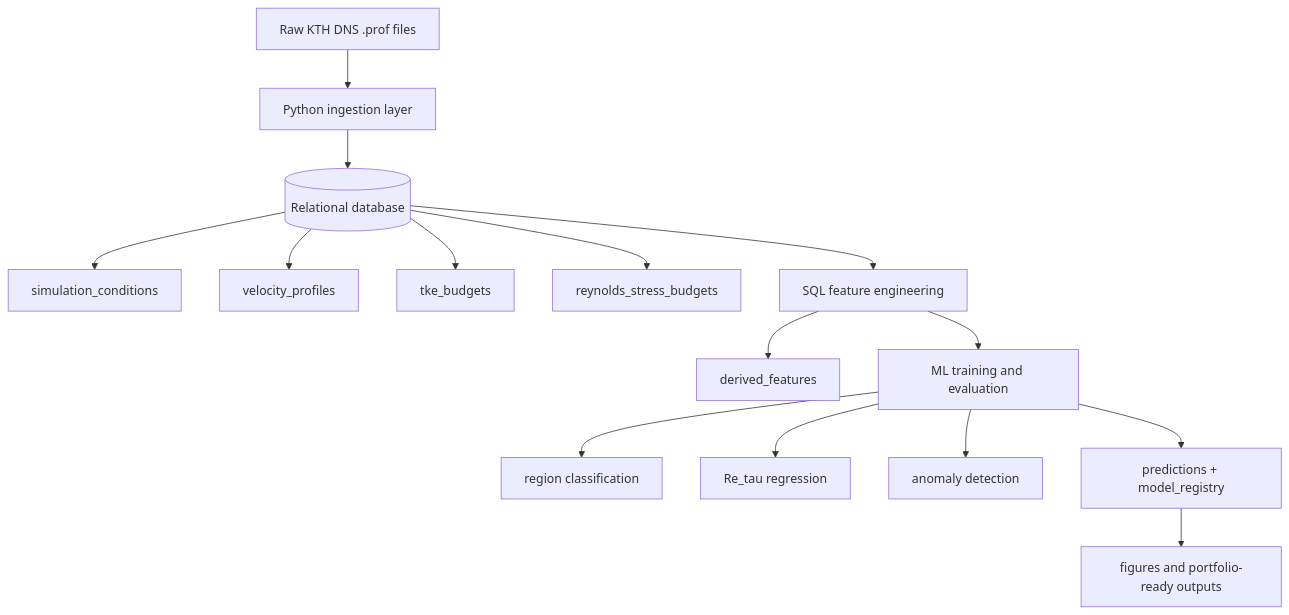
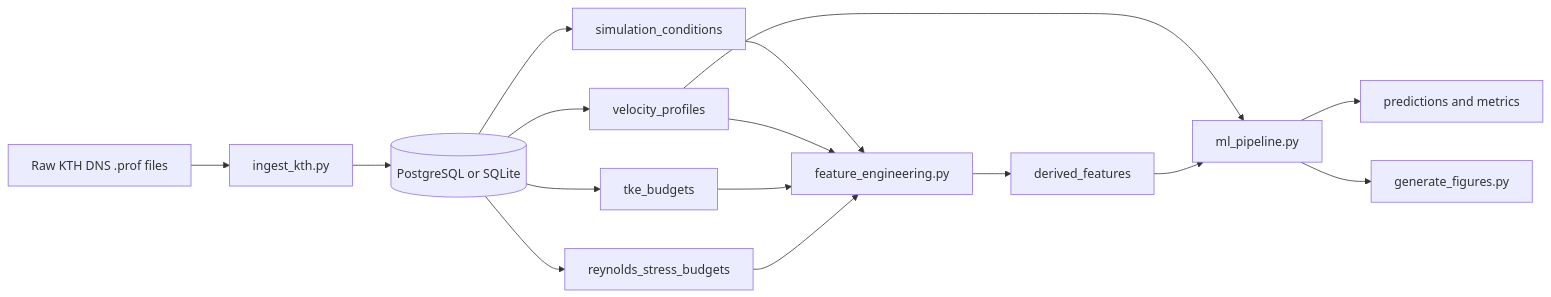
The diagram in README.md (4nechoic-hub/sql-tbl-dns), drawn with Mermaid before and after one commit. The commit also changed other lines of this file, not shown here.

````diff
--- a/README.md
+++ b/README.md
@@ -80,17 +57,18 @@
 ```mermaid
-flowchart TD
-    A[Raw KTH DNS .prof files] --> B[Python ingestion layer]
-    B --> C[(Relational database)]
-    C --> C1[simulation_conditions]
-    C --> C2[velocity_profiles]
-    C --> C3[tke_budgets]
-    C --> C4[reynolds_stress_budgets]
-    C --> D[SQL feature engineering]
-    D --> D1[derived_features]
-    D --> E[ML training and evaluation]
-    E --> E1[region classification]
-    E --> E2[Re_tau regression]
-    E --> E3[anomaly detection]
-    E --> F[predictions + model_registry]
-    F --> G[figures and portfolio-ready outputs]
+flowchart LR
+    A[Raw KTH DNS .prof files] --> B[ingest_kth.py]
+    B --> C[(PostgreSQL or SQLite)]
+    C --> D[simulation_conditions]
+    C --> E[velocity_profiles]
+    C --> F[tke_budgets]
+    C --> G[reynolds_stress_budgets]
+    D --> H[feature_engineering.py]
+    E --> H
+    F --> H
+    G --> H
+    H --> I[derived_features]
+    E --> J[ml_pipeline.py]
+    I --> J
+    J --> K[predictions and metrics]
+    J --> L[generate_figures.py]
 ```
````
